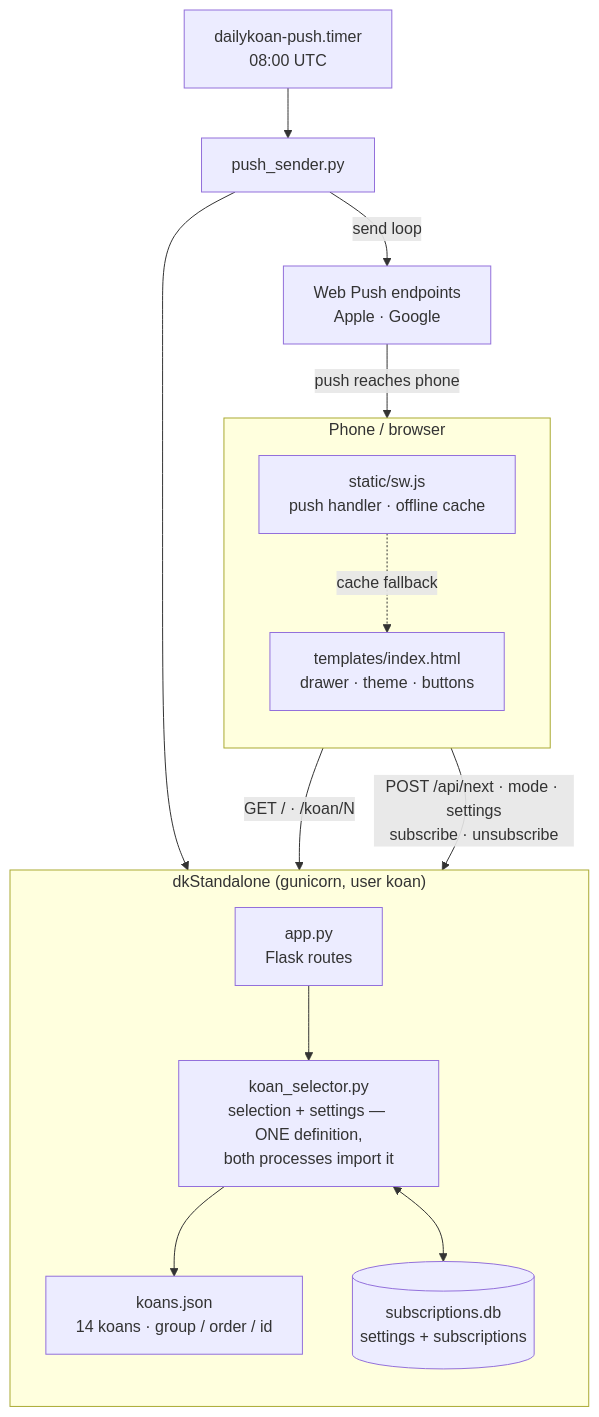
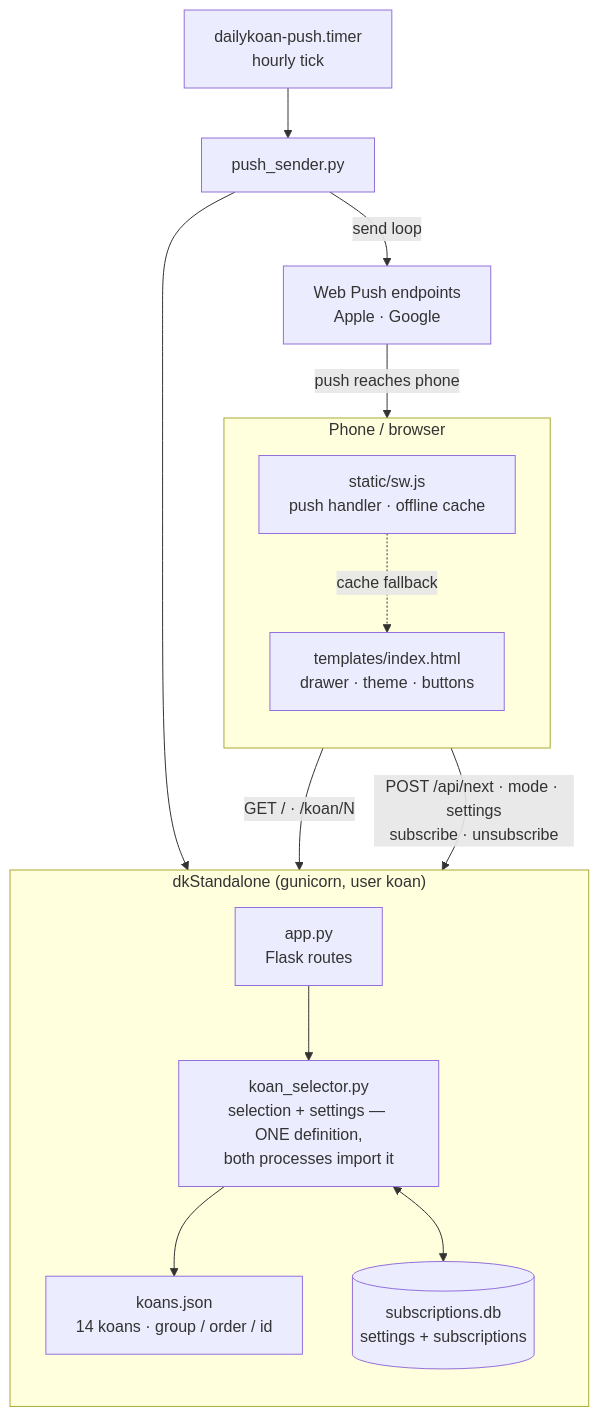
The first of 2 diagrams in docs/000--diagram--llm.md (alvarix/DailyKoanPWA), drawn with Mermaid before and after one commit. The commit also changed other lines of this file and 4 other files, not shown here.

Commit message:
docs: 0.1.8 - runbook hourly-timer step, ADR cadence amendment, diagram, changelog

````diff
--- a/docs/000--diagram--llm.md
+++ b/docs/000--diagram--llm.md
@@ -11,31 +11,31 @@
 ```mermaid
 flowchart TD
     subgraph phone["Phone / browser"]
         direction TB
         Page["templates/index.html<br/>drawer · theme · buttons"]
         SW["static/sw.js<br/>push handler · offline cache"]
     end
 
     subgraph box["dkStandalone (gunicorn, user koan)"]
         direction TB
         APP["app.py<br/>Flask routes"]
         SEL["koan_selector.py<br/>selection + settings — ONE definition,<br/>both processes import it"]
         DB[("subscriptions.db<br/>settings + subscriptions")]
         DATA["koans.json<br/>14 koans · group / order / id"]
     end
 
-    TIMER["dailykoan-push.timer<br/>08:00 UTC"]
+    TIMER["dailykoan-push.timer<br/>hourly tick"]
     SEND["push_sender.py"]
     RELAY["Web Push endpoints<br/>Apple · Google"]
 
     Page -->|"GET / · /koan/N"| APP
     Page -->|"POST /api/next · mode · settings<br/>subscribe · unsubscribe"| APP
     APP --> SEL
     SEL --> DATA
     SEL <--> DB
     TIMER --> SEND
     SEND --> SEL
     SEND -->|"send loop"| RELAY
     RELAY -->|"push reaches phone"| SW
     SW -.->|"cache fallback"| Page
 ```
````
